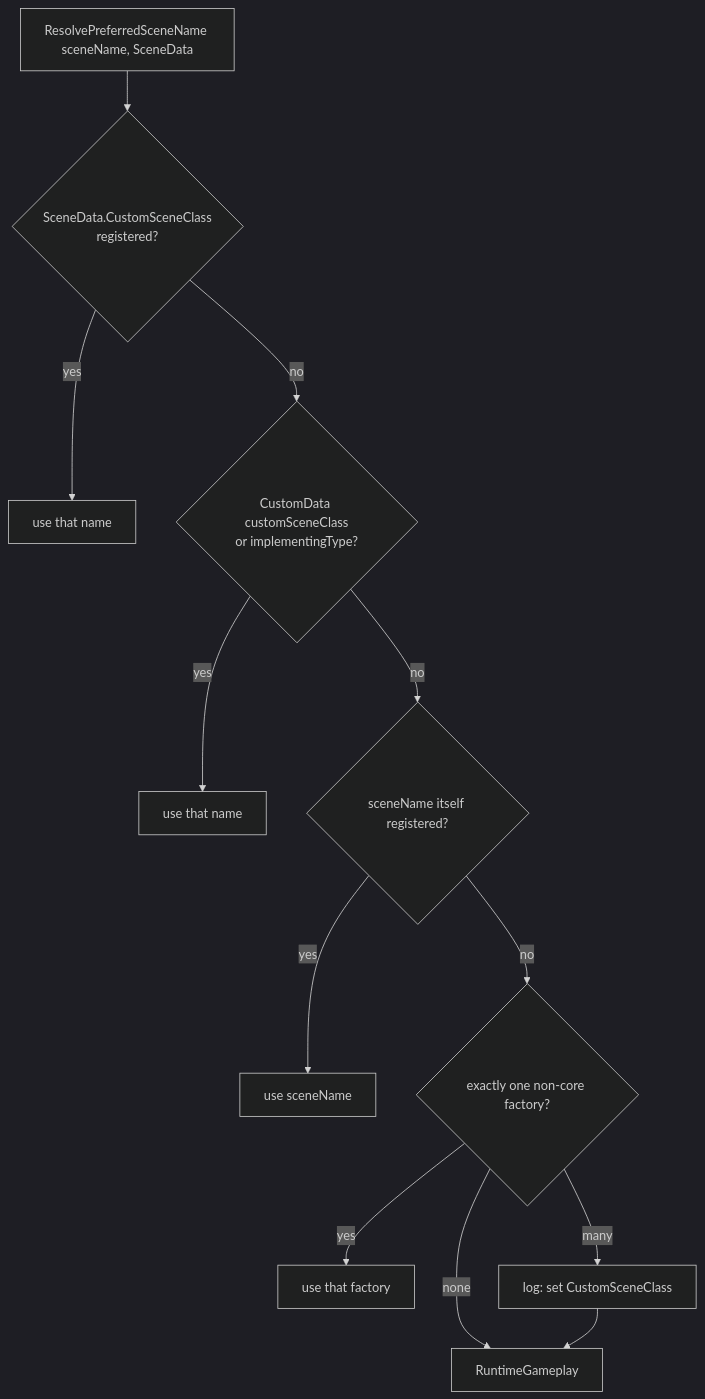
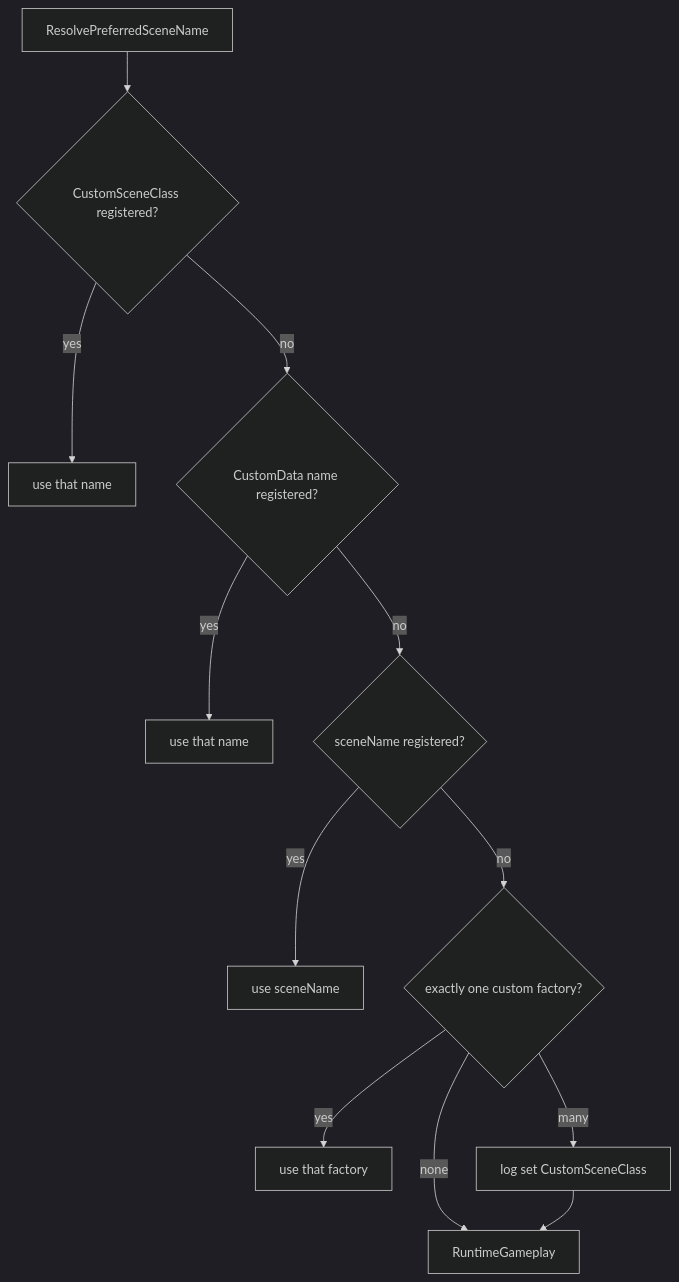
One commit to ireakhavok/Castle changed the third of 6 diagrams in docs/SCENES_AND_PROJECTS.md. Above: the diagram before and after it, drawn with Mermaid. The commit also changed other lines of this file and 6 other files, not shown here.

````diff
--- a/docs/SCENES_AND_PROJECTS.md
+++ b/docs/SCENES_AND_PROJECTS.md
@@ -64,16 +62,16 @@
 ```mermaid
 %%{init: {'theme':'dark'}}%%
 flowchart TD
-  R[ResolvePreferredSceneName sceneName, SceneData]
-  R --> A{"SceneData.CustomSceneClass<br/>registered?"}
+  R[ResolvePreferredSceneName]
+  R --> A{CustomSceneClass registered?}
   A -->|yes| UseA[use that name]
-  A -->|no| B{"CustomData customSceneClass<br/>or implementingType?"}
+  A -->|no| B{CustomData name registered?}
   B -->|yes| UseB[use that name]
-  B -->|no| C{"sceneName itself registered?"}
+  B -->|no| C{sceneName registered?}
   C -->|yes| UseC[use sceneName]
-  C -->|no| D{"exactly one non-core factory?"}
+  C -->|no| D{exactly one custom factory?}
   D -->|yes| UseD[use that factory]
-  D -->|many| Warn["log: set CustomSceneClass"]
+  D -->|many| Warn[log set CustomSceneClass]
   D -->|none| FB[RuntimeGameplay]
   Warn --> FB
 ```
````
